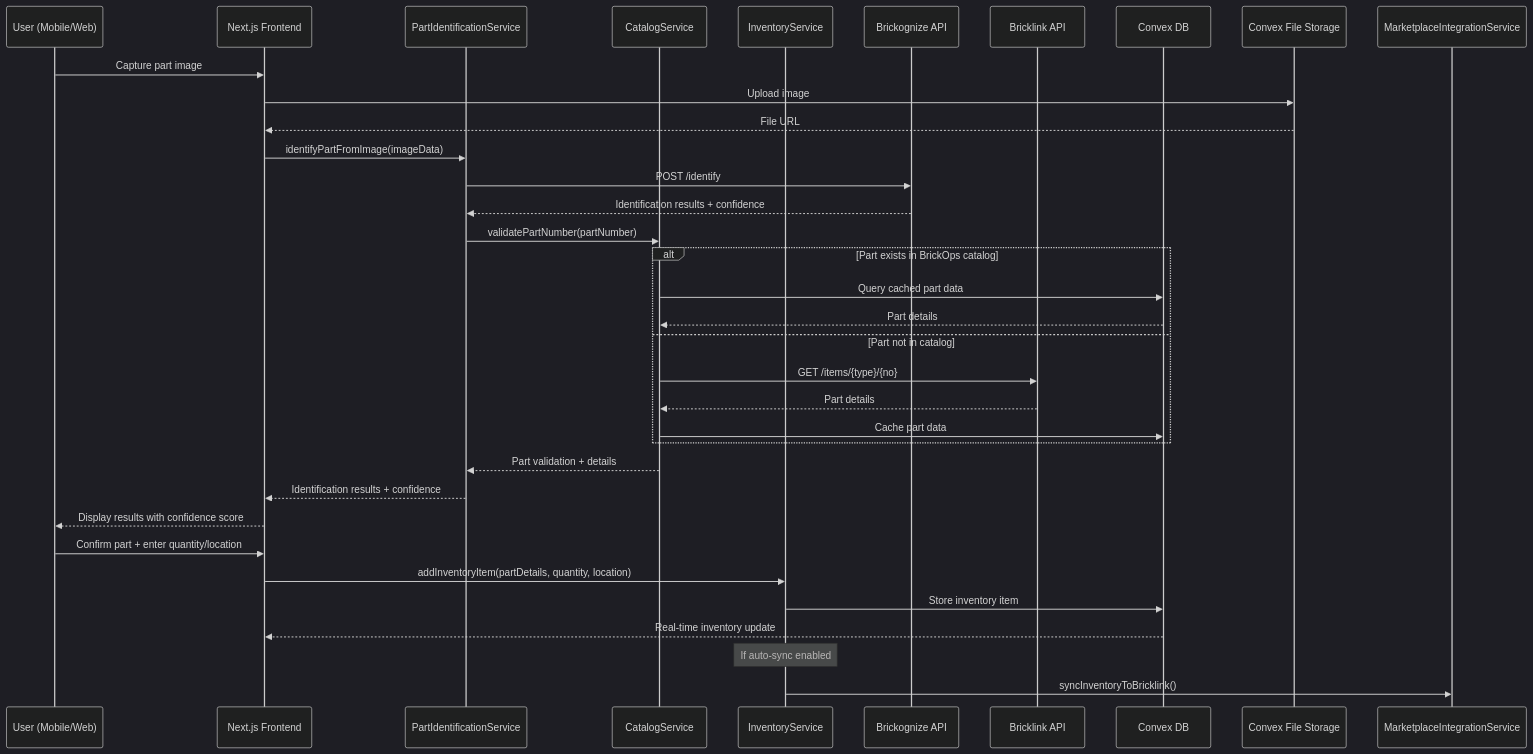
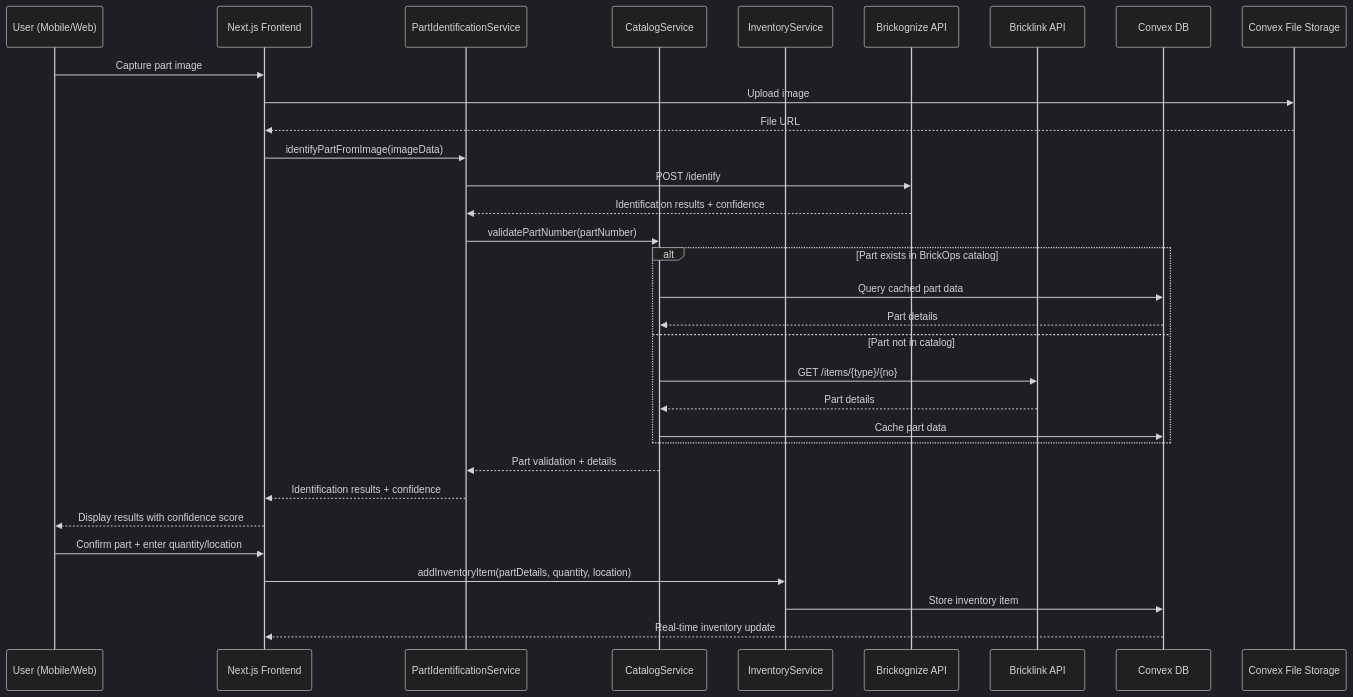
Before and after one commit to 1benisin/brickops: the second of 3 diagrams in docs/architecture/core-workflows.md, drawn with Mermaid (dark theme). The commit also changed other lines of this file and 50 other files, not shown here.

````diff
--- a/docs/architecture/core-workflows.md
+++ b/docs/architecture/core-workflows.md
@@ -47,47 +43,39 @@
 ```mermaid
 sequenceDiagram
     participant User as User (Mobile/Web)
     participant UI as Next.js Frontend
     participant Identify as PartIdentificationService
     participant Catalog as CatalogService
     participant Inventory as InventoryService
     participant Brickognize as Brickognize API
     participant Bricklink as Bricklink API
     participant DB as Convex DB
     participant Files as Convex File Storage
 
-    %% Camera Capture
     User->>UI: Capture part image
     UI->>Files: Upload image
     Files-->>UI: File URL
 
-    %% Part Identification
     UI->>Identify: identifyPartFromImage(imageData)
     Identify->>Brickognize: POST /identify
     Brickognize-->>Identify: Identification results + confidence
 
-    %% Validate Against Catalog
     Identify->>Catalog: validatePartNumber(partNumber)
     alt Part exists in BrickOps catalog
         Catalog->>DB: Query cached part data
         DB-->>Catalog: Part details
     else Part not in catalog
         Catalog->>Bricklink: GET /items/{type}/{no}
         Bricklink-->>Catalog: Part details
         Catalog->>DB: Cache part data
     end
 
     Catalog-->>Identify: Part validation + details
     Identify-->>UI: Identification results + confidence
 
-    %% User Confirmation & Inventory Addition
     UI-->>User: Display results with confidence score
     User->>UI: Confirm part + enter quantity/location
     UI->>Inventory: addInventoryItem(partDetails, quantity, location)
     Inventory->>DB: Store inventory item
     DB-->>UI: Real-time inventory update
-
-    %% Optional: Sync to Bricklink
-    Note over Inventory: If auto-sync enabled
-    Inventory->>MarketplaceIntegrationService: syncInventoryToBricklink()
 ```
````
